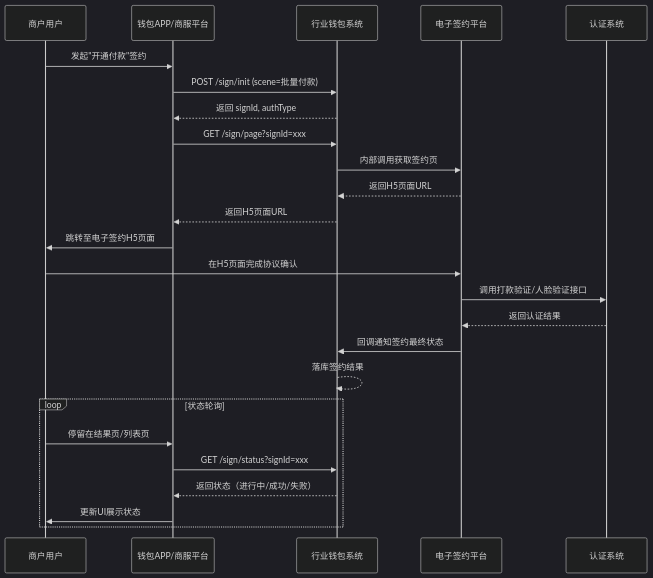
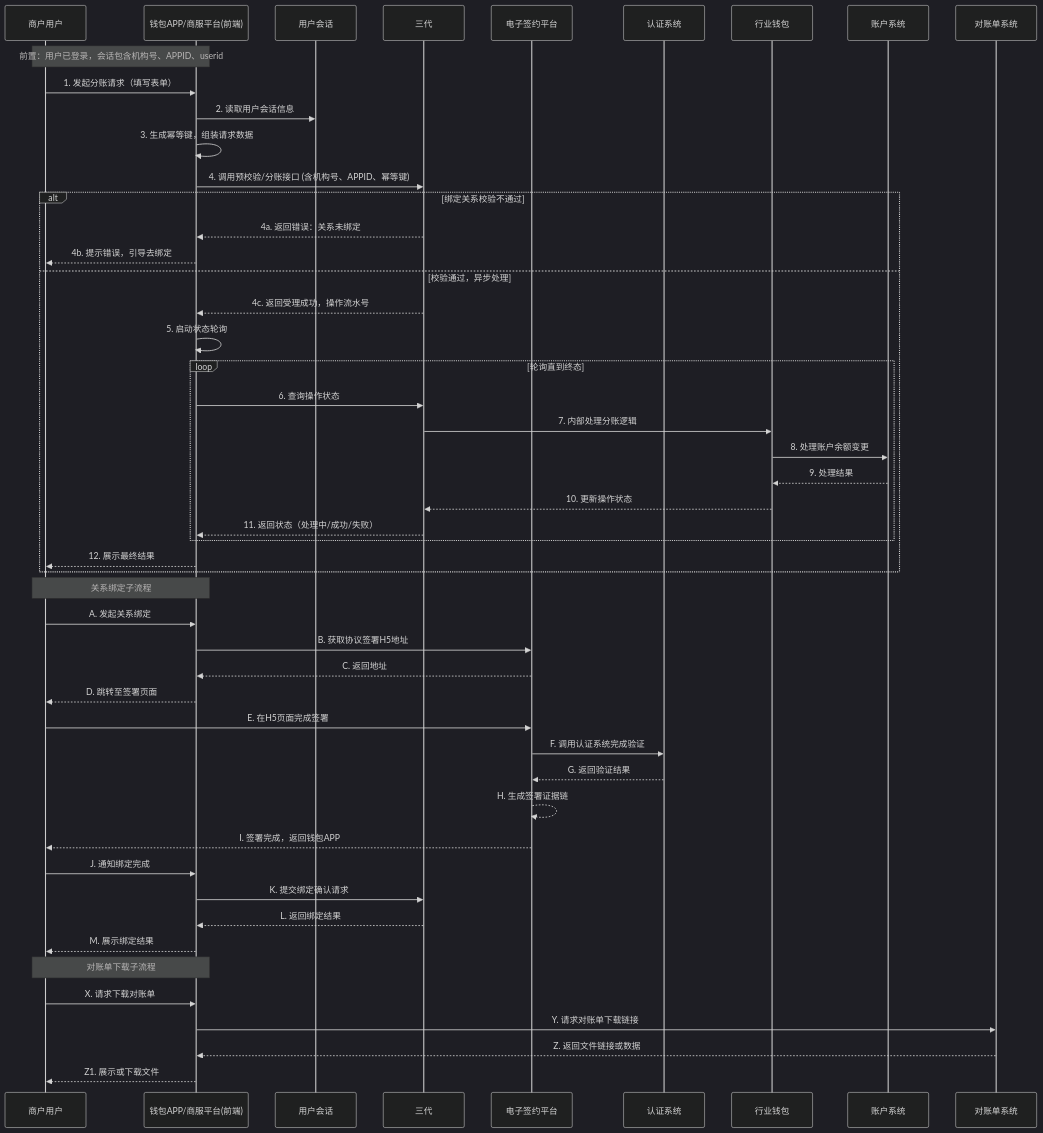
Before and after one commit to youzi211/AiCoding: the diagram in data/天财分账需求/gpt-5.2/workspace/02_modules/module_钱包APP_商服平台.md, drawn with Mermaid (dark theme). The commit also changed other lines of this file and 41 other files, not shown here.

````diff
--- a/data/天财分账需求/gpt-5.2/workspace/02_modules/module_钱包APP_商服平台.md
+++ b/data/天财分账需求/gpt-5.2/workspace/02_modules/module_钱包APP_商服平台.md
@@ -57,28 +70,55 @@
 ```mermaid
 sequenceDiagram
     participant U as 商户用户
-    participant APP as 钱包APP/商服平台
-    participant WS as 行业钱包系统
-    participant ES as 电子签约平台
-    participant AS as 认证系统
+    participant APP as 钱包APP/商服平台(前端)
+    participant Session as 用户会话
+    participant G3 as 三代
+    participant Esign as 电子签约平台
+    participant Auth as 认证系统
+    participant W as 行业钱包
+    participant A as 账户系统
+    participant Statement as 对账单系统
 
-    U->>APP: 发起"开通付款"签约
-    APP->>WS: POST /sign/init (scene=批量付款)
-    WS-->>APP: 返回 signId, authType
-    APP->>WS: GET /sign/page?signId=xxx
-    WS->>ES: 内部调用获取签约页
-    ES-->>WS: 返回H5页面URL
-    WS-->>APP: 返回H5页面URL
-    APP->>U: 跳转至电子签约H5页面
-    U->>ES: 在H5页面完成协议确认
-    ES->>AS: 调用打款验证/人脸验证接口
-    AS-->>ES: 返回认证结果
-    ES->>WS: 回调通知签约最终状态
-    WS-->>WS: 落库签约结果
-    loop 状态轮询
-        U->>APP: 停留在结果页/列表页
-        APP->>WS: GET /sign/status?signId=xxx
-        WS-->>APP: 返回状态（进行中/成功/失败）
-        APP->>U: 更新UI展示状态
+    Note over U,APP: 前置：用户已登录，会话包含机构号、APPID、userid
+    U->>APP: 1. 发起分账请求（填写表单）
+    APP->>Session: 2. 读取用户会话信息
+    APP->>APP: 3. 生成幂等键，组装请求数据
+    APP->>G3: 4. 调用预校验/分账接口 (含机构号、APPID、幂等键)
+    alt 绑定关系校验不通过
+        G3-->>APP: 4a. 返回错误：关系未绑定
+        APP-->>U: 4b. 提示错误，引导去绑定
+    else 校验通过，异步处理
+        G3-->>APP: 4c. 返回受理成功，操作流水号
+        APP->>APP: 5. 启动状态轮询
+        loop 轮询直到终态
+            APP->>G3: 6. 查询操作状态
+            G3->>W: 7. 内部处理分账逻辑
+            W->>A: 8. 处理账户余额变更
+            A-->>W: 9. 处理结果
+            W-->>G3: 10. 更新操作状态
+            G3-->>APP: 11. 返回状态（处理中/成功/失败）
+        end
+        APP-->>U: 12. 展示最终结果
     end
+
+    Note over U,APP: 关系绑定子流程
+    U->>APP: A. 发起关系绑定
+    APP->>Esign: B. 获取协议签署H5地址
+    Esign-->>APP: C. 返回地址
+    APP-->>U: D. 跳转至签署页面
+    U->>Esign: E. 在H5页面完成签署
+    Esign->>Auth: F. 调用认证系统完成验证
+    Auth-->>Esign: G. 返回验证结果
+    Esign-->>Esign: H. 生成签署证据链
+    Esign-->>U: I. 签署完成，返回钱包APP
+    U->>APP: J. 通知绑定完成
+    APP->>G3: K. 提交绑定确认请求
+    G3-->>APP: L. 返回绑定结果
+    APP-->>U: M. 展示绑定结果
+
+    Note over U,APP: 对账单下载子流程
+    U->>APP: X. 请求下载对账单
+    APP->>Statement: Y. 请求对账单下载链接
+    Statement-->>APP: Z. 返回文件链接或数据
+    APP-->>U: Z1. 展示或下载文件
 ```
````
